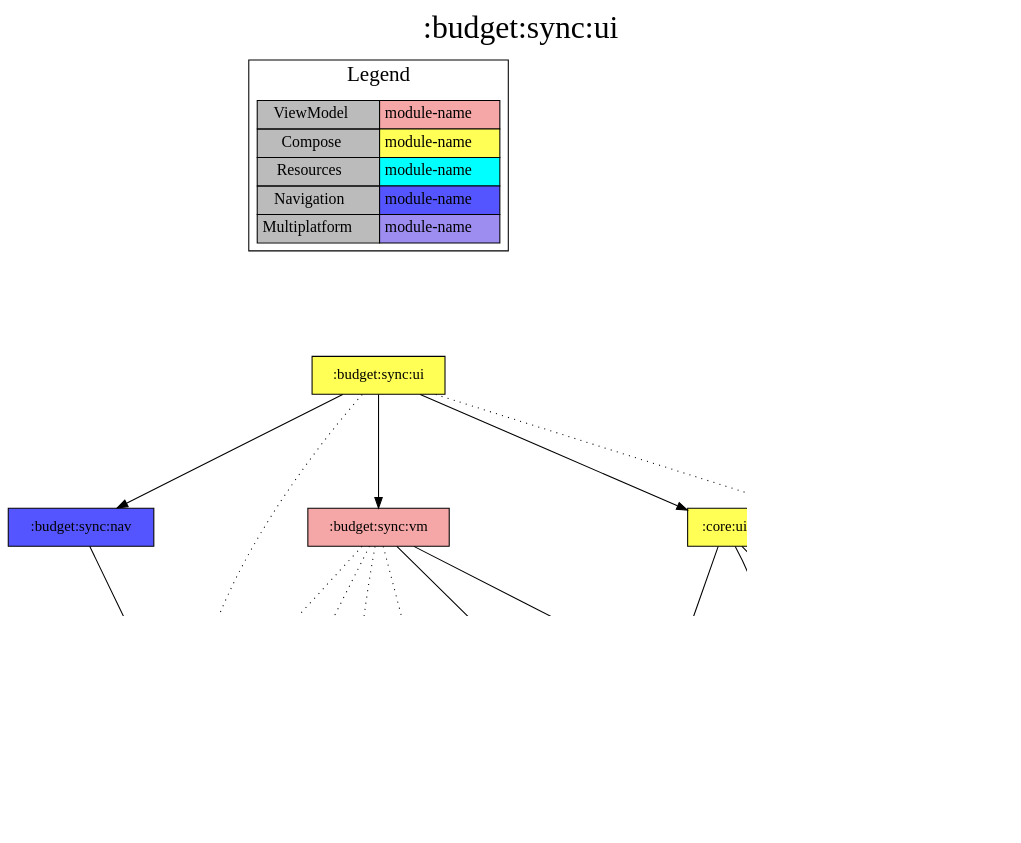
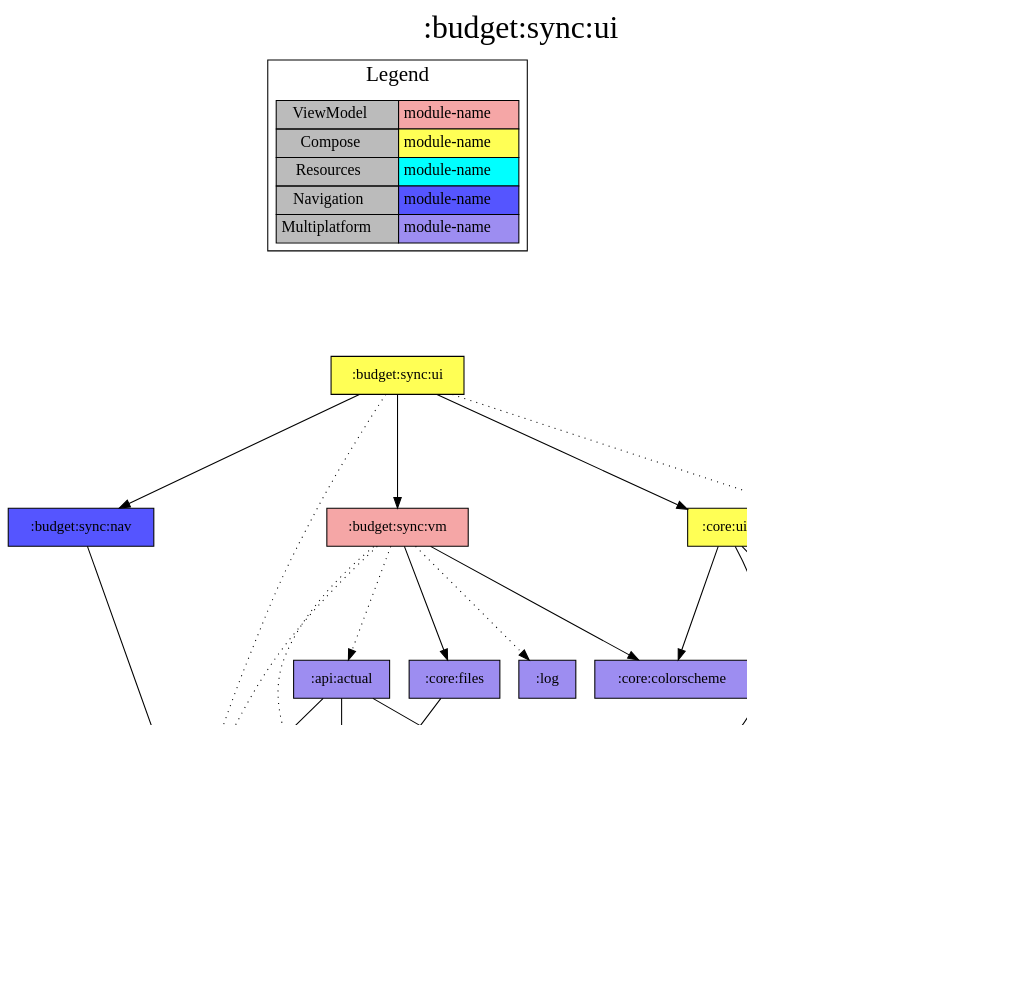
One commit to jonapoul/aktual changed the diagram in modules/budget/sync/ui/project-dependency-graph.dot. Above: the diagram before and after it, drawn with Graphviz. The commit also changed 304 other files, not shown here.

```diff
--- a/modules/budget/sync/ui/project-dependency-graph.dot
+++ b/modules/budget/sync/ui/project-dependency-graph.dot
@@ -1,57 +1,60 @@
 digraph {
 edge ["dir"="forward"]
 graph ["dpi"="100","label"=":budget:sync:ui","labelloc"="t","fontsize"="30","ranksep"="1.5","rankdir"="TB"]
 node ["style"="filled"]
 ":account:model" ["fillcolor"="#9D8DF1","shape"="box"]
 ":api:actual" ["fillcolor"="#9D8DF1","shape"="box"]
 ":budget:model" ["fillcolor"="#9D8DF1","shape"="box"]
 ":budget:sync:nav" ["fillcolor"="#5555FF","shape"="box"]
 ":budget:sync:res" ["fillcolor"="#00FFFF","shape"="box"]
 ":budget:sync:ui" ["fillcolor"="#FFFF55","shape"="box"]
 ":budget:sync:vm" ["fillcolor"="#F5A6A6","shape"="box"]
 ":core:buildconfig" ["fillcolor"="#9D8DF1","shape"="box"]
 ":core:colorscheme" ["fillcolor"="#9D8DF1","shape"="box"]
 ":core:files" ["fillcolor"="#9D8DF1","shape"="box"]
+":core:model" ["fillcolor"="#9D8DF1","shape"="box"]
 ":core:res" ["fillcolor"="#00FFFF","shape"="box"]
 ":core:ui" ["fillcolor"="#FFFF55","shape"="box"]
 ":core:versions" ["fillcolor"="#9D8DF1","shape"="box"]
 ":log" ["fillcolor"="#9D8DF1","shape"="box"]
 ":url:model" ["fillcolor"="#9D8DF1","shape"="box"]
 {
 edge ["dir"="none"]
 graph ["rank"="same"]
 }
 ":api:actual" -> ":account:model"
 ":api:actual" -> ":budget:model"
 ":api:actual" -> ":url:model"
 ":budget:sync:nav" -> ":account:model"
 ":budget:sync:ui" -> ":account:model" ["style"="dotted"]
 ":budget:sync:ui" -> ":budget:sync:nav"
 ":budget:sync:ui" -> ":budget:sync:res" ["style"="dotted"]
 ":budget:sync:ui" -> ":budget:sync:vm"
 ":budget:sync:ui" -> ":core:ui"
 ":budget:sync:vm" -> ":account:model" ["style"="dotted"]
 ":budget:sync:vm" -> ":api:actual" ["style"="dotted"]
 ":budget:sync:vm" -> ":budget:model" ["style"="dotted"]
 ":budget:sync:vm" -> ":core:colorscheme"
 ":budget:sync:vm" -> ":core:files"
 ":budget:sync:vm" -> ":log" ["style"="dotted"]
+":core:files" -> ":budget:model"
 ":core:ui" -> ":core:colorscheme"
 ":core:ui" -> ":core:res" ["style"="dotted"]
 ":core:ui" -> ":core:versions"
 ":core:ui" -> ":url:model"
 ":core:versions" -> ":core:buildconfig"
+":url:model" -> ":core:model" ["style"="dotted"]
 subgraph "cluster_legend" {
 edge ["dir"="none"]
 graph ["label"="Legend","fontsize"="20"]
 "Legend" ["style"="filled","fillcolor"="#bbbbbb","shape"="none","margin"="0","fontsize"="15","label"=<
 <TABLE BORDER="0" CELLBORDER="1" CELLSPACING="0" CELLPADDING="4">
 <TR><TD>ViewModel</TD><TD BGCOLOR="#F5A6A6">module-name</TD></TR>
 <TR><TD>Compose</TD><TD BGCOLOR="#FFFF55">module-name</TD></TR>
 <TR><TD>Resources</TD><TD BGCOLOR="#00FFFF">module-name</TD></TR>
 <TR><TD>Navigation</TD><TD BGCOLOR="#5555FF">module-name</TD></TR>
 <TR><TD>Multiplatform</TD><TD BGCOLOR="#9D8DF1">module-name</TD></TR>
 </TABLE>
 >]
 } -> ":budget:sync:ui" ["style"="invis"]
 }
```
